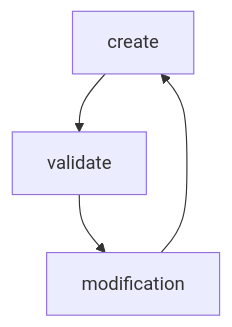
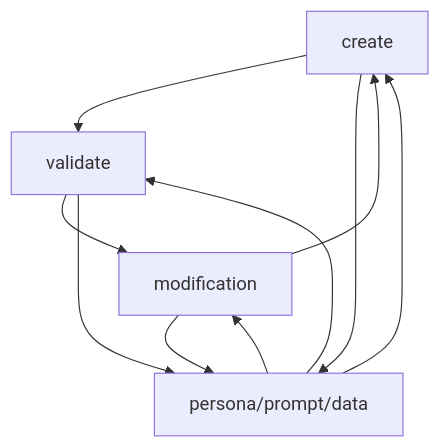
One commit to CloudSecurityAlliance/CSA-AI-Toolkit changed the diagram in README.md. Above: the diagram before and after it, drawn with Mermaid.

````diff
--- a/README.md
+++ b/README.md
@@ -56,6 +56,14 @@
 ```mermaid
  graph TD;
   create-->validate;
   validate-->modification;
   modification-->create;
+
+  create-->persona/prompt/data;
+  validate-->persona/prompt/data;
+  modification-->persona/prompt/data;
+
+  persona/prompt/data-->create;
+  persona/prompt/data-->validate;
+  persona/prompt/data-->modification;
 ```
````
